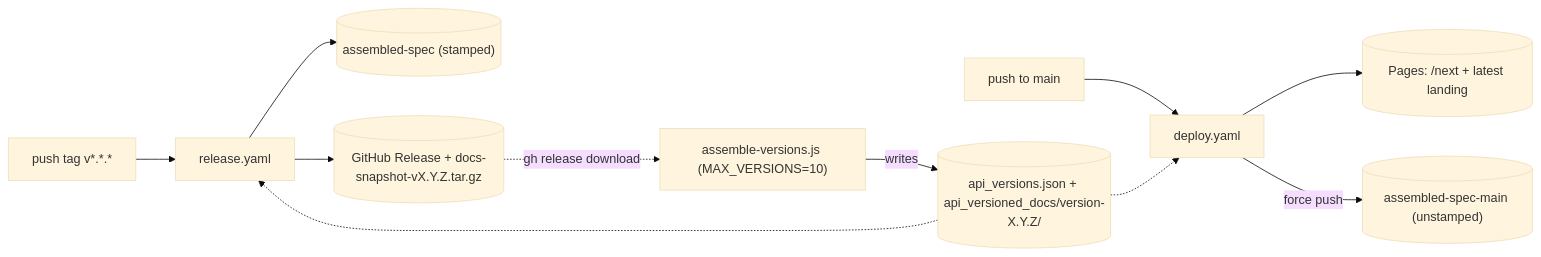
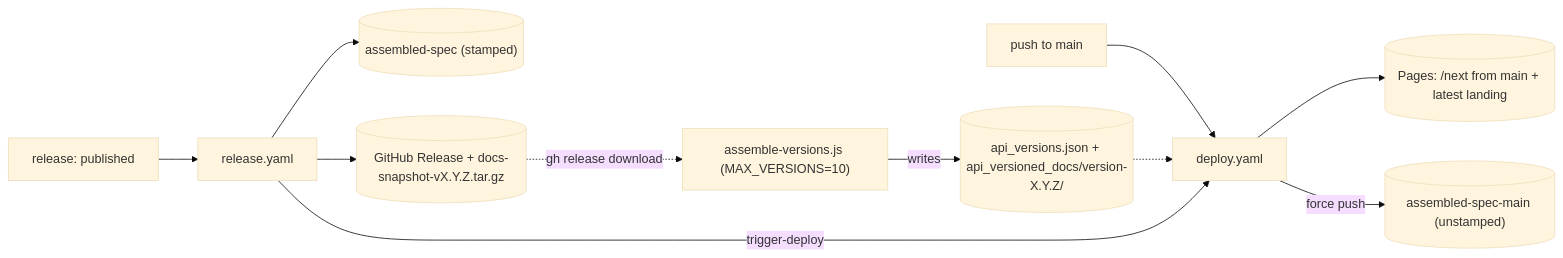
The second of 2 diagrams in .github/workflows/README.md (gnosischain/execution-apis), drawn with Mermaid (base theme) before and after one commit. The commit also changed other lines of this file and 59 other files, not shown here.

````diff
--- a/.github/workflows/README.md
+++ b/.github/workflows/README.md
@@ -47,14 +49,14 @@
 ```mermaid
 flowchart LR
   mainPush["push to main"] --> deployWf[deploy.yaml]
-  deployWf --> pagesMain[("Pages: /next + latest landing")]
+  deployWf --> pagesMain[("Pages: /next from main + latest landing")]
   deployWf -->|"force push"| assembledMain[("assembled-spec-main (unstamped)")]
 
-  tagPush["push tag v*.*.*"] --> releaseWf2[release.yaml]
+  releasePublish2["release: published"] --> releaseWf2[release.yaml]
   releaseWf2 --> assembledSpec2[("assembled-spec (stamped)")]
   releaseWf2 --> ghRel[("GitHub Release + docs-snapshot-vX.Y.Z.tar.gz")]
   ghRel -.->|"gh release download"| assembleScript["assemble-versions.js (MAX_VERSIONS=10)"]
   assembleScript -->|"writes"| apiVersions[("api_versions.json + api_versioned_docs/version-X.Y.Z/")]
   apiVersions -.-> deployWf
-  apiVersions -.-> releaseWf2
+  releaseWf2 -->|"trigger-deploy"| deployWf
 ```
````
